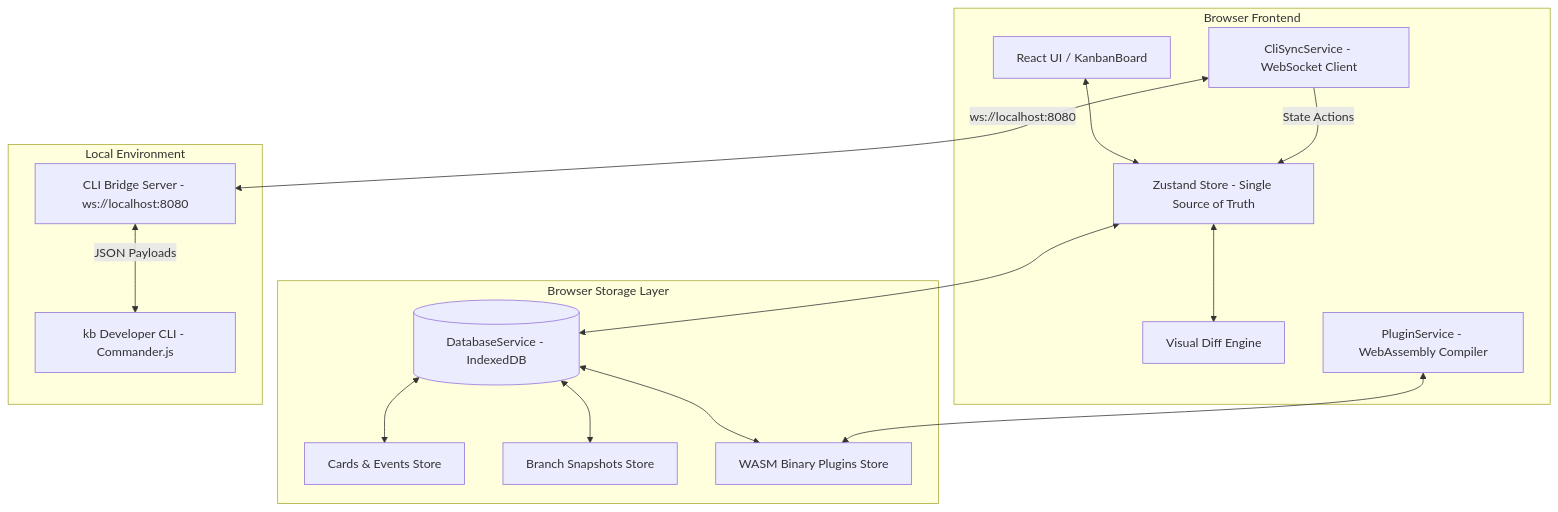
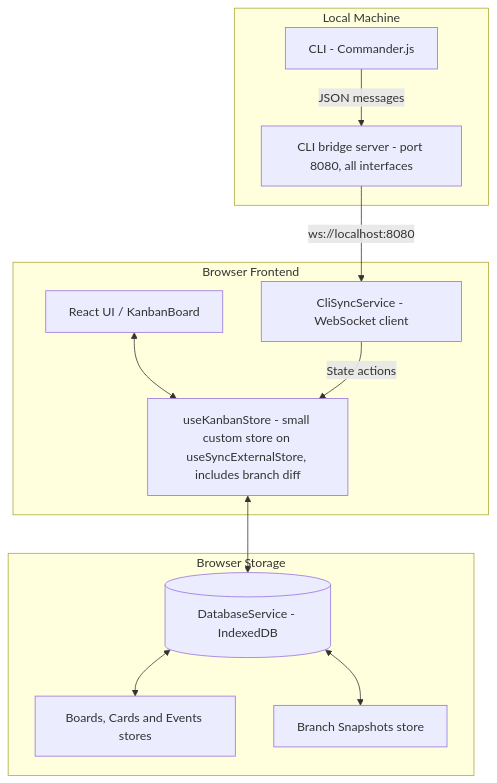
The diagram in README.md (vardaanbazaz/kanbanlight), drawn with Mermaid before and after one commit. The commit also changed other lines of this file and 9 other files, not shown here.

````diff
--- a/README.md
+++ b/README.md
@@ -42,33 +33,27 @@
 ```mermaid
 graph TD
     subgraph Browser Frontend
         UI[React UI / KanbanBoard]
-        Store[Zustand Store - Single Source of Truth]
-        DiffEngine[Visual Diff Engine]
-        PluginSvc[PluginService - WebAssembly Compiler]
-        CliClient[CliSyncService - WebSocket Client]
+        Store[useKanbanStore - small custom store on useSyncExternalStore, includes branch diff]
+        CliClient[CliSyncService - WebSocket client]
     end
 
-    subgraph Browser Storage Layer
+    subgraph Browser Storage
         IDB[(DatabaseService - IndexedDB)]
-        IDB_Cards[Cards & Events Store]
-        IDB_Snapshots[Branch Snapshots Store]
-        IDB_Plugins[WASM Binary Plugins Store]
+        IDB_Cards[Boards, Cards and Events stores]
+        IDB_Snapshots[Branch Snapshots store]
     end
 
-    subgraph Local Environment
-        WsBridge[CLI Bridge Server - ws://localhost:8080]
-        CliTool[kb Developer CLI - Commander.js]
+    subgraph Local Machine
+        WsBridge[CLI bridge server - port 8080, all interfaces]
+        CliTool[CLI - Commander.js]
     end
 
     UI <--> Store
-    Store <--> DiffEngine
     Store <--> IDB
     IDB <--> IDB_Cards
     IDB <--> IDB_Snapshots
-    IDB <--> IDB_Plugins
-    PluginSvc <--> IDB_Plugins
-    CliClient <-->|ws://localhost:8080| WsBridge
-    WsBridge <-->|JSON Payloads| CliTool
-    CliClient -->|State Actions| Store
+    CliTool -->|JSON messages| WsBridge
+    WsBridge -->|ws://localhost:8080| CliClient
+    CliClient -->|State actions| Store
 ```
````
